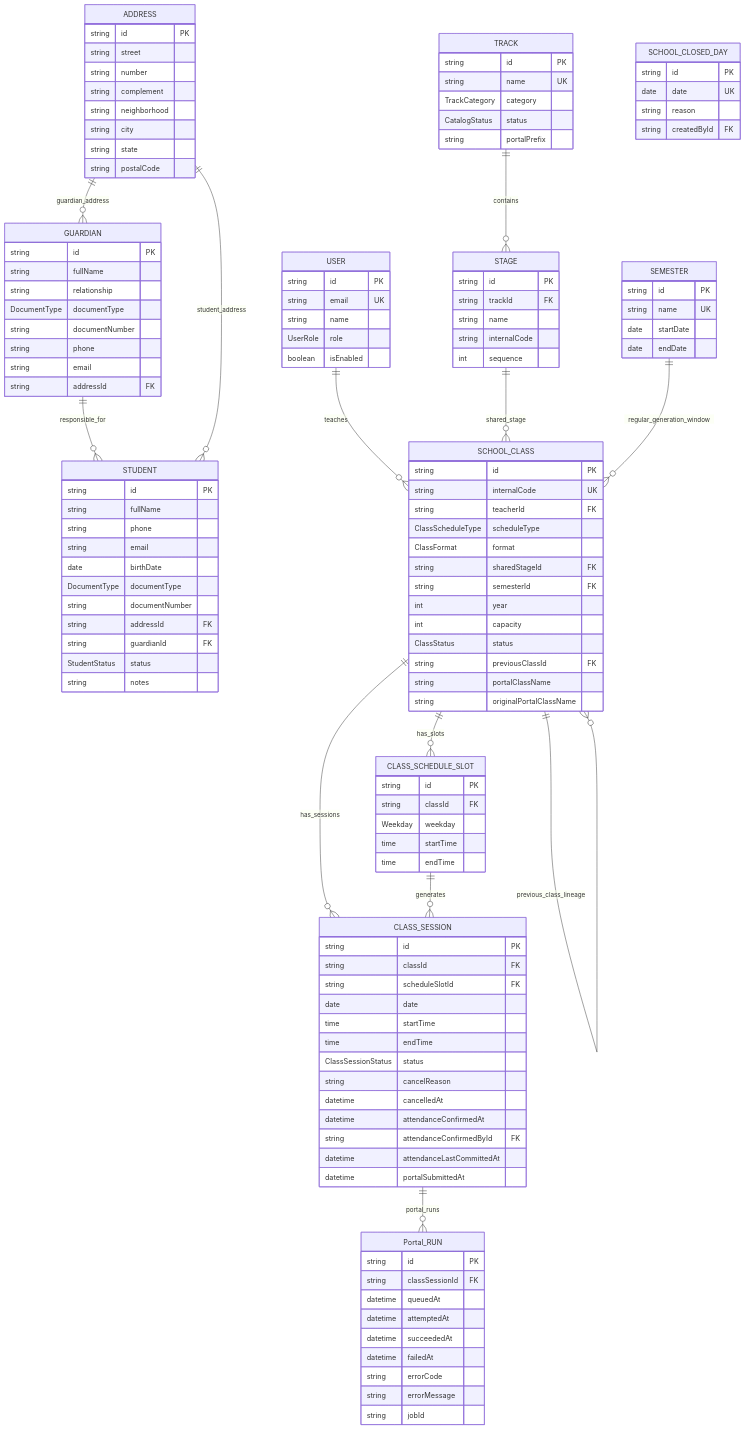
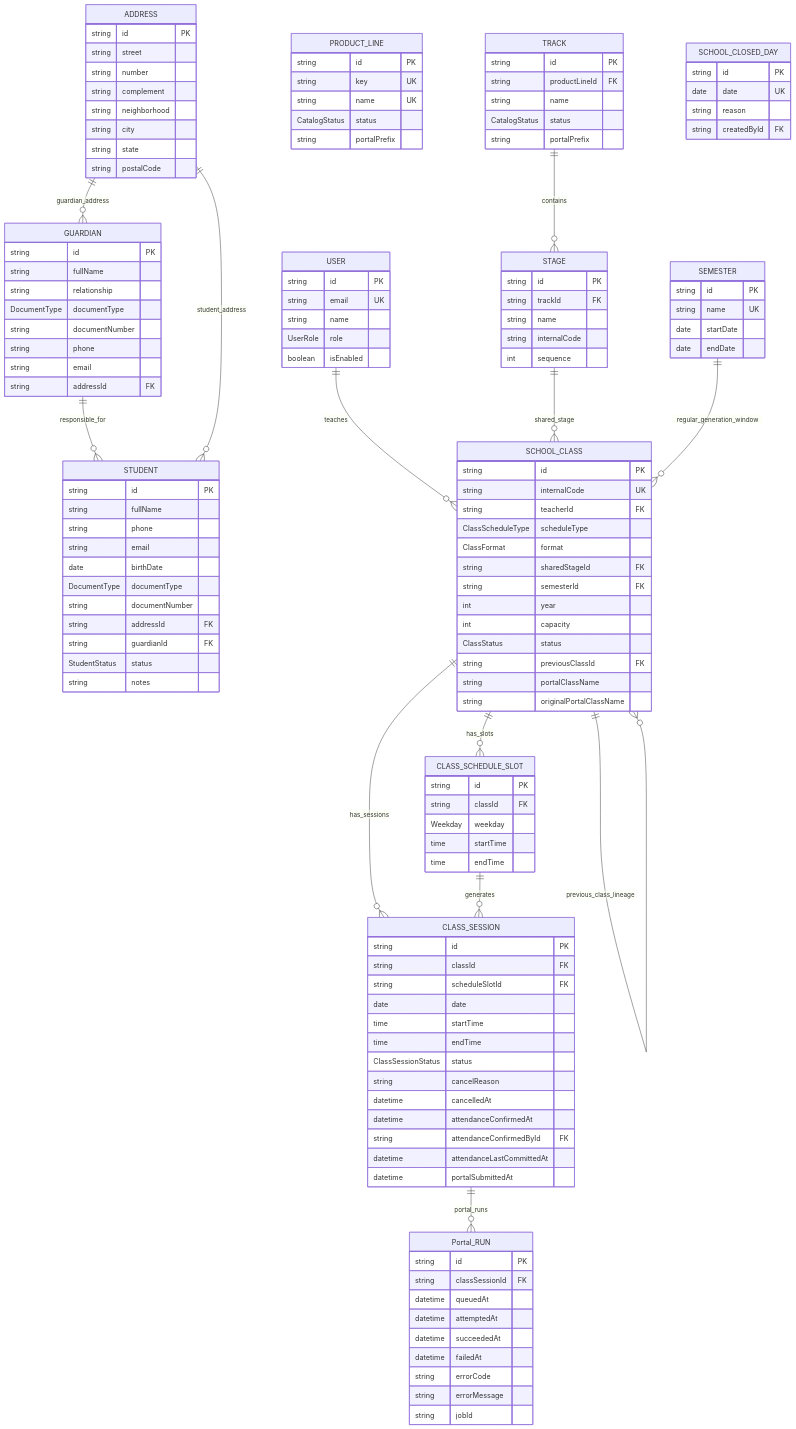
The first of 4 diagrams in docs/MVP/ERD.md (josiasrfreitas/lazuli), drawn with Mermaid before and after one commit. The commit also changed other lines of this file and 11 other files, not shown here.

```diff
--- a/docs/MVP/ERD.md
+++ b/docs/MVP/ERD.md
@@ -64,10 +64,18 @@
     string postalCode
   }
 
+  PRODUCT_LINE {
+    string id PK
+    string key UK
+    string name UK
+    CatalogStatus status
+    string portalPrefix
+  }
+
   TRACK {
     string id PK
-    string name UK
-    TrackCategory category
+    string productLineId FK
+    string name
     CatalogStatus status
     string portalPrefix
   }
```
